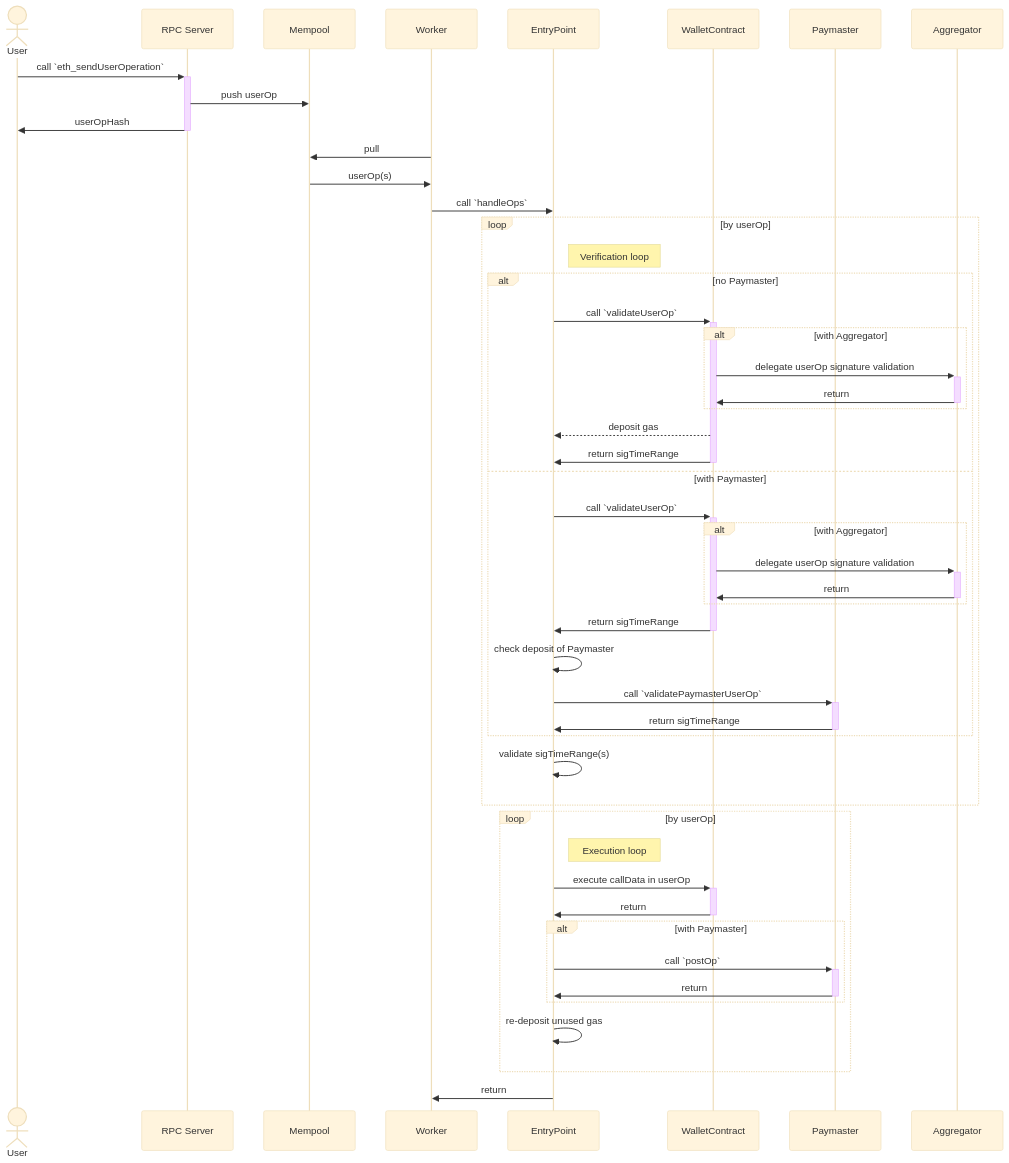
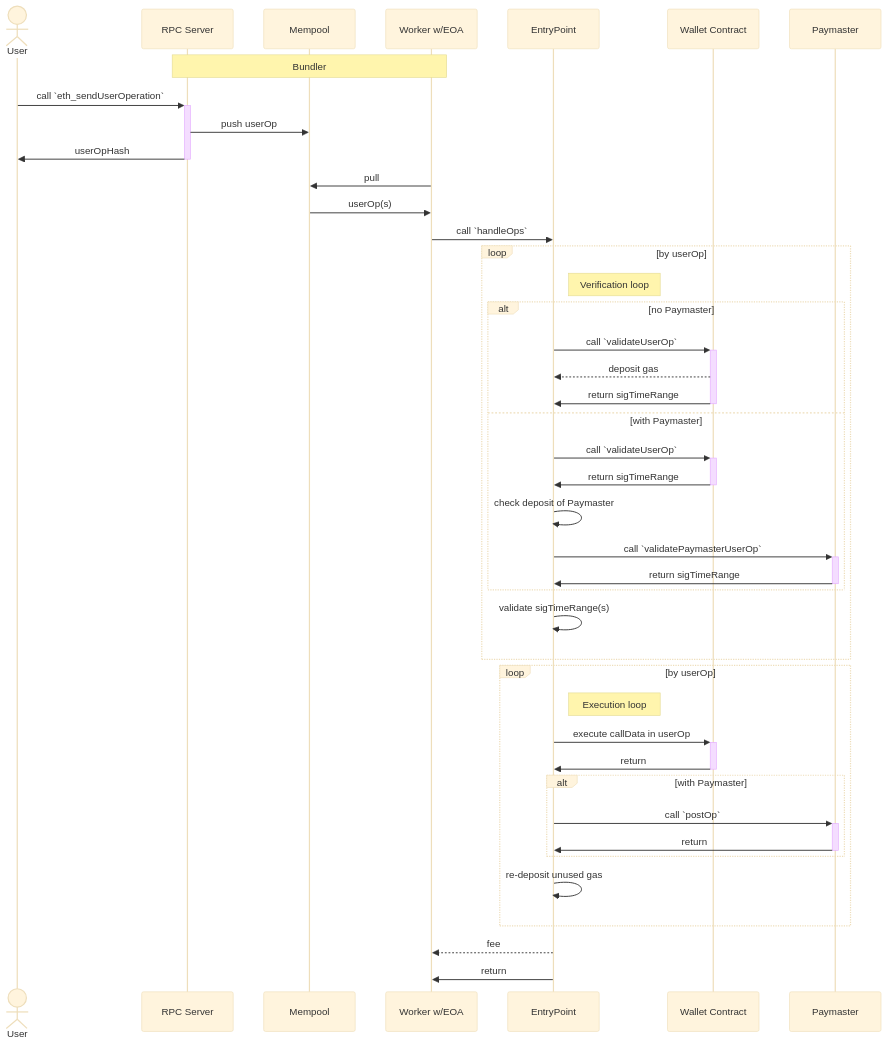
Before and after one commit to taxio/zenn: the first of 6 diagrams in articles/834e6a04bd6b80.md, drawn with Mermaid (base theme). The commit also changed other lines of this file, not shown here.

````diff
--- a/articles/834e6a04bd6b80.md
+++ b/articles/834e6a04bd6b80.md
@@ -19,56 +21,51 @@
 ```mermaid
 sequenceDiagram
   Actor User
   participant RPC Server
   participant Mempool
-  participant Worker
+  participant Worker w/EOA
   participant EntryPoint
-  participant WalletContract
+  participant Wallet Contract
   participant Paymaster
-  participant Aggregator
+
+  Note over RPC Server,Worker w/EOA: Bundler
 
   User->>+RPC Server: call `eth_sendUserOperation`
   RPC Server->>Mempool: push userOp
   RPC Server->>-User: userOpHash
 
-  Worker->>Mempool: pull
-  Mempool->>Worker: userOp(s)
-  Worker->>EntryPoint: call `handleOps`
+  Worker w/EOA->>Mempool: pull
+  Mempool->>Worker w/EOA: userOp(s)
+  Worker w/EOA->>EntryPoint: call `handleOps`
 
   loop by userOp
     Note right of EntryPoint: Verification loop
     alt no Paymaster
-      EntryPoint->>+WalletContract: call `validateUserOp`
-      alt with Aggregator
-        WalletContract->>+Aggregator: delegate userOp signature validation
-        Aggregator->>-WalletContract: return
-      end
-      WalletContract-->>EntryPoint: deposit gas
-      WalletContract->>-EntryPoint: return sigTimeRange
+      EntryPoint->>+Wallet Contract: call `validateUserOp`
+      Wallet Contract-->>EntryPoint: deposit gas
+      Wallet Contract->>-EntryPoint: return sigTimeRange
     else with Paymaster
-      EntryPoint->>+WalletContract: call `validateUserOp`
-        alt with Aggregator
-          WalletContract->>+Aggregator: delegate userOp signature validation
-          Aggregator->>-WalletContract: return
-        end
-      WalletContract->>-EntryPoint: return sigTimeRange
+      EntryPoint->>+Wallet Contract: call `validateUserOp`
+      Wallet Contract->>-EntryPoint: return sigTimeRange
       EntryPoint->>EntryPoint: check deposit of Paymaster
       EntryPoint->>+Paymaster: call `validatePaymasterUserOp`
       Paymaster->>-EntryPoint: return sigTimeRange
     end
     EntryPoint->>EntryPoint: validate sigTimeRange(s)
   end
 
   loop by userOp
     Note right of EntryPoint: Execution loop
-    EntryPoint->>+WalletContract: execute callData in userOp
-    WalletContract->>-EntryPoint: return
+    EntryPoint->>+Wallet Contract: execute callData in userOp
+    Wallet Contract->>-EntryPoint: return
     alt with Paymaster
       EntryPoint->>+Paymaster: call `postOp`
       Paymaster->>-EntryPoint: return
     end
     EntryPoint->>EntryPoint: re-deposit unused gas
   end
 
-  EntryPoint->>Worker: return
+  EntryPoint-->>Worker w/EOA: fee
+
+  EntryPoint->>Worker w/EOA: return
 ```
````
